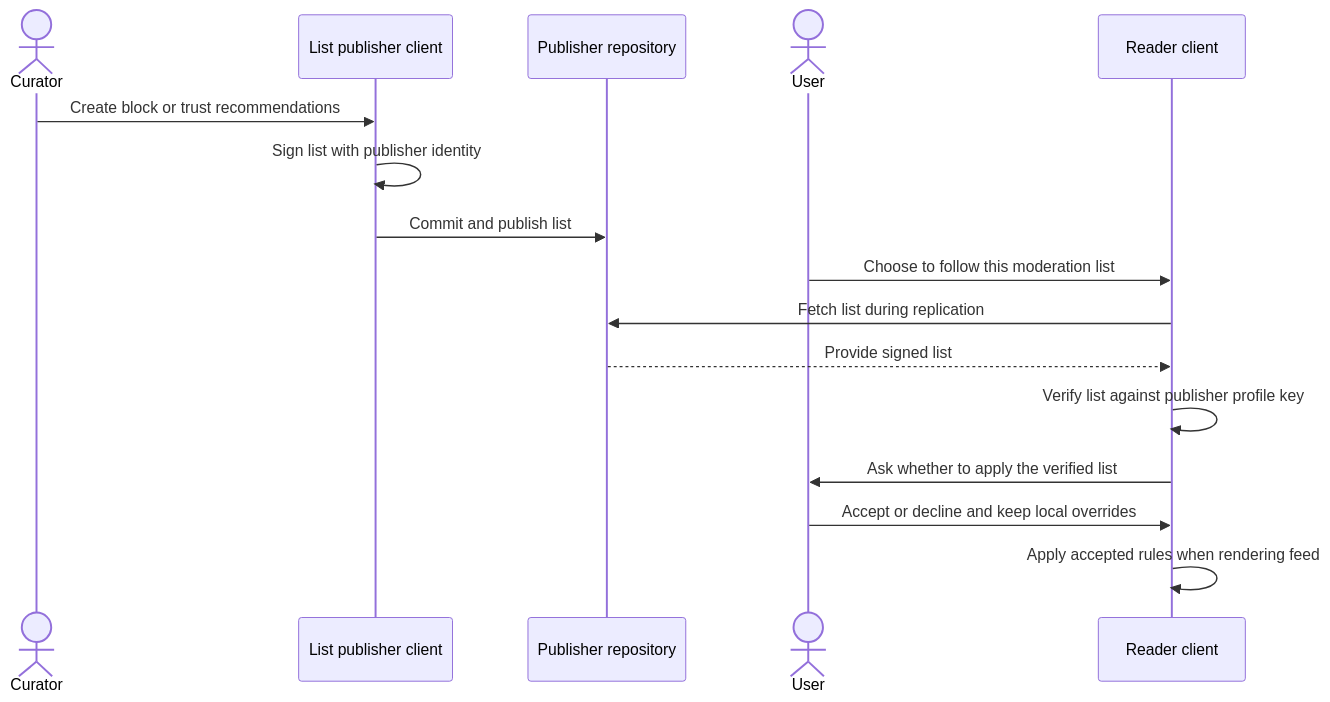
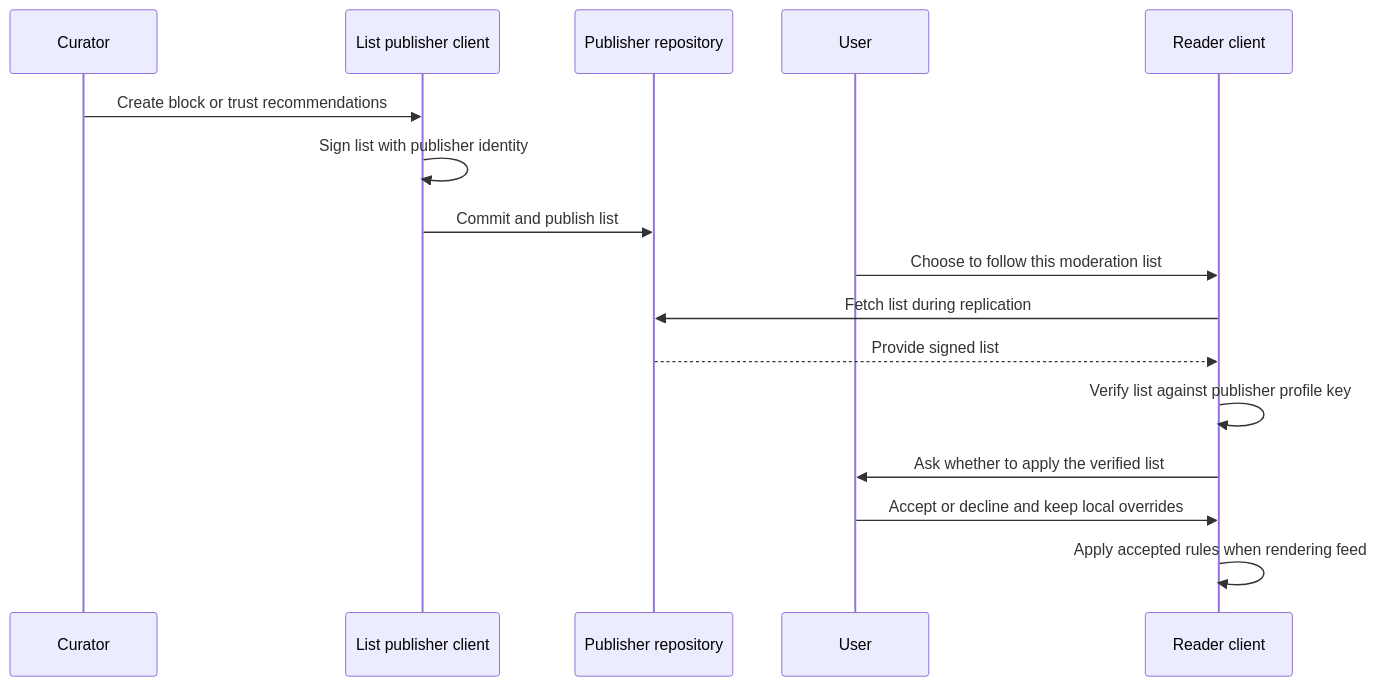
Before and after one commit to gargster/ELEC4712_Decentralised_Blog: diagram 15 of 17 in latest_design.md, drawn with Mermaid. The commit also changed other lines of this file and 2 other files, not shown here.

````diff
--- a/latest_design.md
+++ b/latest_design.md
@@ -692,19 +692,19 @@
 ```mermaid
 sequenceDiagram
-    actor Curator
+    participant Curator as Curator
     participant CuratorClient as List publisher client
     participant Repo as Publisher repository
-    actor User
+    participant User as User
     participant Reader as Reader client
 
     Curator->>CuratorClient: Create block or trust recommendations
     CuratorClient->>CuratorClient: Sign list with publisher identity
     CuratorClient->>Repo: Commit and publish list
     User->>Reader: Choose to follow this moderation list
     Reader->>Repo: Fetch list during replication
     Repo-->>Reader: Provide signed list
     Reader->>Reader: Verify list against publisher profile key
     Reader->>User: Ask whether to apply the verified list
     User->>Reader: Accept or decline and keep local overrides
     Reader->>Reader: Apply accepted rules when rendering feed
 ```
````
